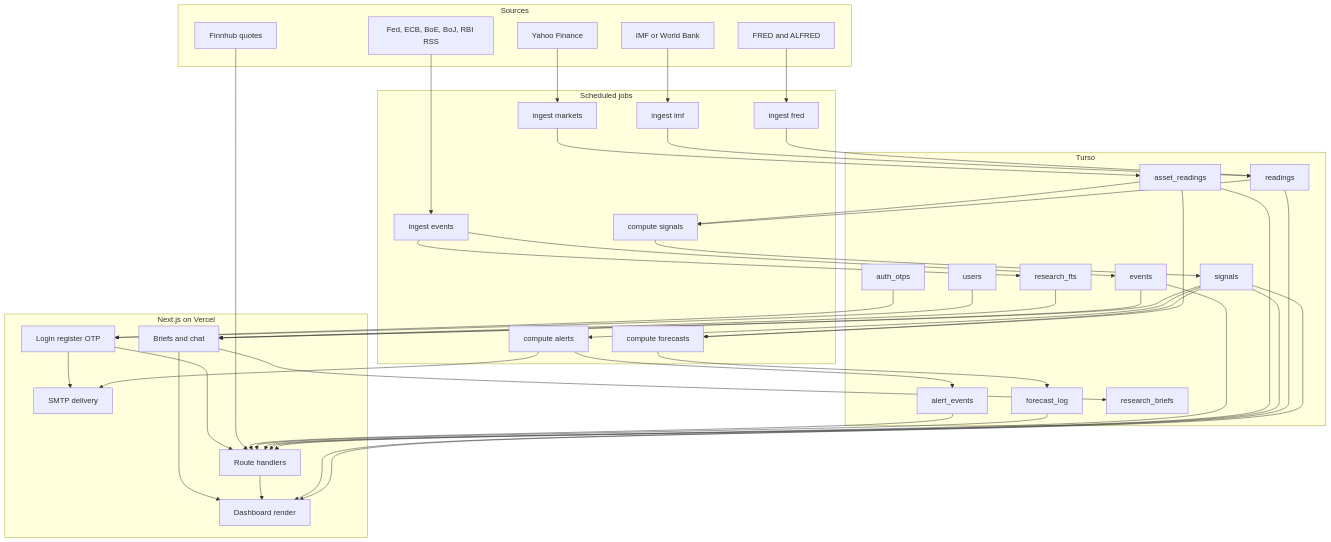
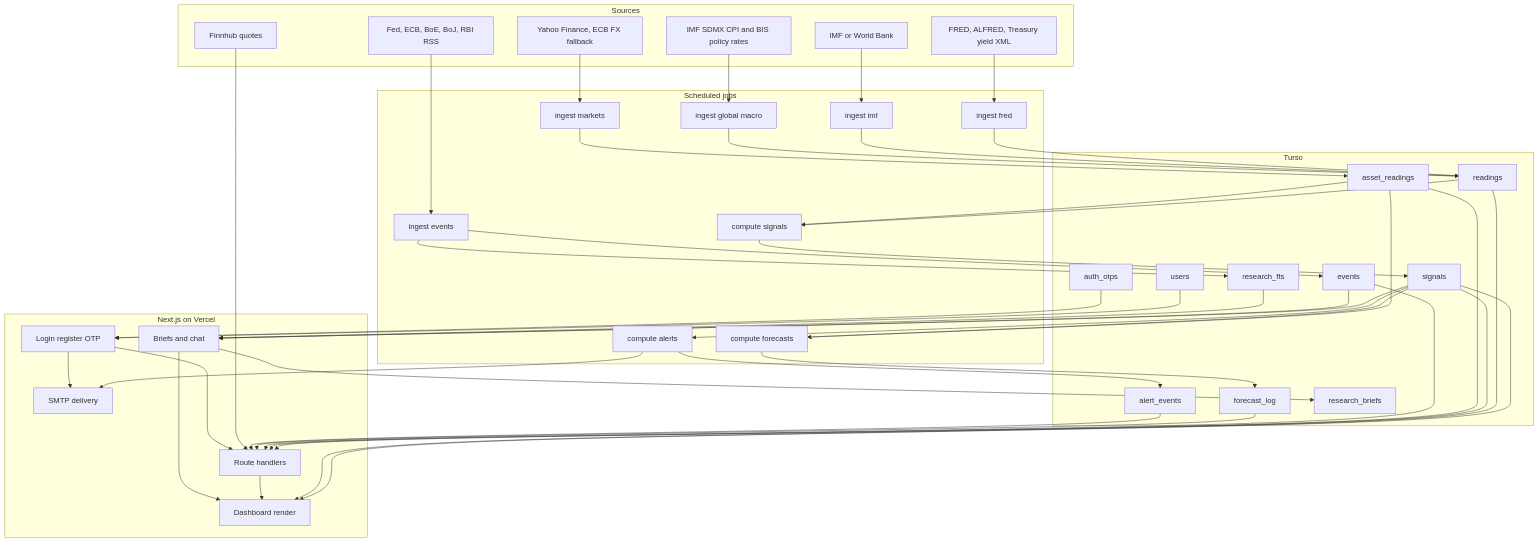
Before and after one commit to RajatRjSharma/tell: the diagram in docs/ARCHITECTURE.md, drawn with Mermaid. The commit also changed other lines of this file and 16 other files, not shown here.

````diff
--- a/docs/ARCHITECTURE.md
+++ b/docs/ARCHITECTURE.md
@@ -33,75 +33,78 @@
 ```mermaid
 flowchart TB
   subgraph SRC[Sources]
-    FRED[FRED and ALFRED]
+    FRED[FRED, ALFRED, Treasury yield XML]
     CROSS[IMF or World Bank]
-    YF[Yahoo Finance]
+    GLOBAL[IMF SDMX CPI and BIS policy rates]
+    YF[Yahoo Finance, ECB FX fallback]
     RSS[Fed, ECB, BoE, BoJ, RBI RSS]
     FH[Finnhub quotes]
   end
 
   subgraph JOBS[Scheduled jobs]
     I1[ingest fred]
     I2[ingest imf]
+    I5[ingest global macro]
     I3[ingest markets]
     I4[ingest events]
     C1[compute signals]
     C2[compute forecasts]
     C3[compute alerts]
   end
 
   subgraph DB["Turso"]
     READ[readings]
     BARS[asset_readings]
     EV[events]
     SIG[signals]
     FC[forecast_log]
     AL[alert_events]
     RB[research_briefs]
     FTS[research_fts]
     USR[users]
     OTP[auth_otps]
   end
 
   subgraph APP[Next.js on Vercel]
     RSC[Dashboard render]
     API[Route handlers]
     AUTH[Login register OTP]
     AI[Briefs and chat]
     MAIL[SMTP delivery]
   end
 
   FRED --> I1 --> READ
   CROSS --> I2 --> READ
+  GLOBAL --> I5 --> READ
   YF --> I3 --> BARS
   RSS --> I4 --> EV
   I4 --> FTS
 
   READ --> C1
   BARS --> C1
   C1 --> SIG
   BARS --> C2
   SIG --> C2 --> FC
   SIG --> C3 --> AL
   C3 --> MAIL
 
   SIG --> RSC
   READ --> RSC
   SIG --> API
   BARS --> API
   EV --> API
   FC --> API
   AL --> API
   FH --> API
   USR --> AUTH
   OTP --> AUTH
   AUTH --> MAIL
   AUTH --> API
 
   SIG --> AI
   EV --> AI
   FTS --> AI
   AI --> RB
   API --> RSC
   AI --> RSC
 ```
````
